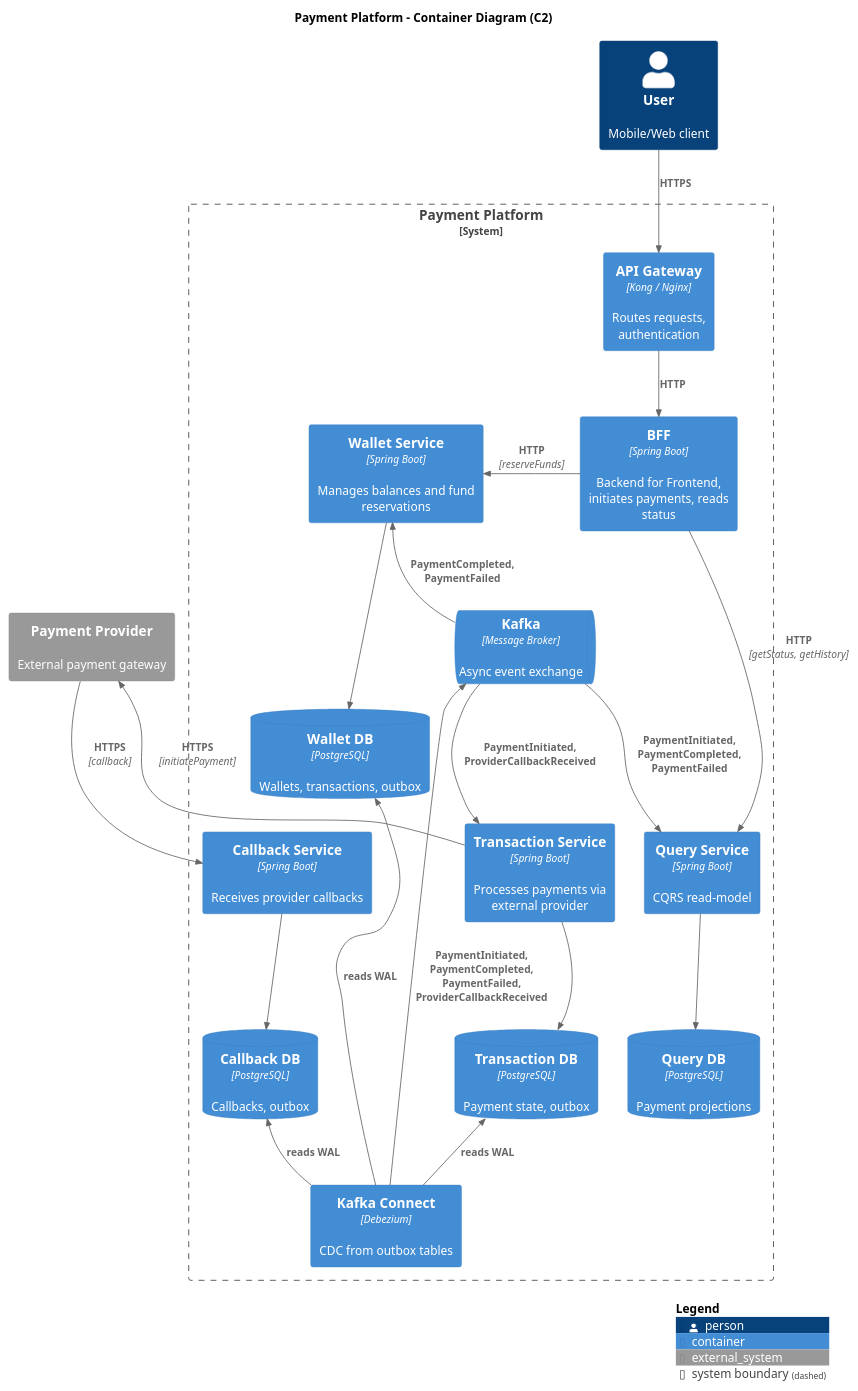
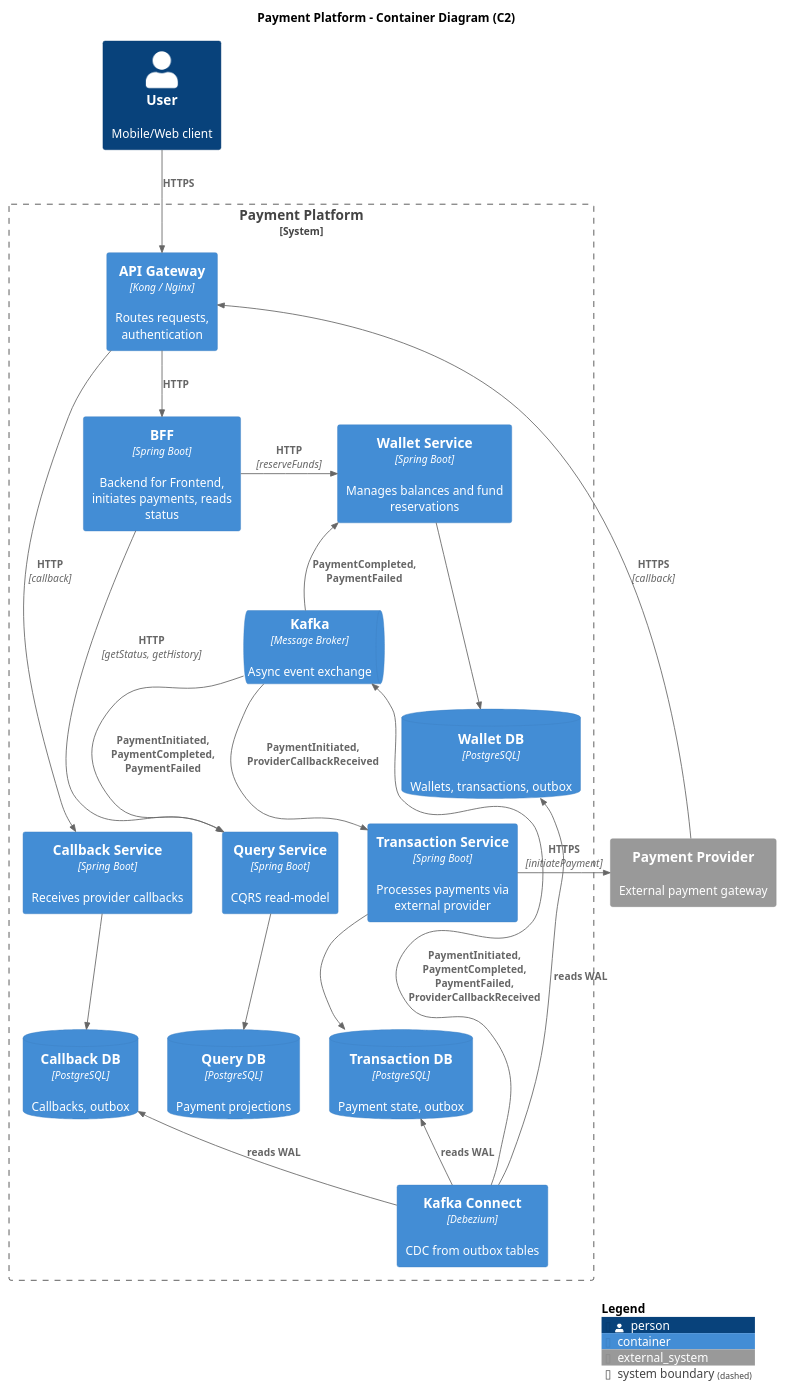
The diagram in week2/diagrams/c2.puml (krsvyat/system-design), drawn with PlantUML before and after one commit. The commit also changed 19 other files, not shown here.

```diff
--- a/week2/diagrams/c2.puml
+++ b/week2/diagrams/c2.puml
@@ -1,79 +1,80 @@
-@startuml c2_container
+@startuml c2
 !include https://raw.githubusercontent.com/plantuml-stdlib/C4-PlantUML/master/C4_Container.puml
 
 title Payment Platform - Container Diagram (C2)
 
 Person(user, "User", "Mobile/Web client")
 
 System_Boundary(payment_platform, "Payment Platform") {
 
     Container(gateway, "API Gateway", "Kong / Nginx", "Routes requests, authentication")
 
     Container(bff, "BFF", "Spring Boot", "Backend for Frontend, initiates payments, reads status")
 
     Container(wallet_service, "Wallet Service", "Spring Boot", "Manages balances and fund reservations")
 
     Container(transaction_service, "Transaction Service", "Spring Boot", "Processes payments via external provider")
 
     Container(callback_service, "Callback Service", "Spring Boot", "Receives provider callbacks")
 
     Container(query_service, "Query Service", "Spring Boot", "CQRS read-model")
 
     ContainerDb(wallet_db, "Wallet DB", "PostgreSQL", "Wallets, transactions, outbox")
 
     ContainerDb(transaction_db, "Transaction DB", "PostgreSQL", "Payment state, outbox")
 
     ContainerDb(query_db, "Query DB", "PostgreSQL", "Payment projections")
 
     ContainerDb(callback_db, "Callback DB", "PostgreSQL", "Callbacks, outbox")
 
     ContainerQueue(broker, "Kafka", "Message Broker", "Async event exchange")
 
     Container(kafka_connect, "Kafka Connect", "Debezium", "CDC from outbox tables")
 }
 
 System_Ext(provider, "Payment Provider", "External payment gateway")
 
 ' === LAYOUT ===
 Lay_R(wallet_service, broker)
 Lay_R(broker, transaction_service)
 Lay_R(transaction_service, callback_service)
 Lay_D(bff, broker)
 Lay_D(broker, query_service)
 
 ' === RELATIONSHIPS ===
 
 ' Entry point
 Rel_D(user, gateway, "HTTPS")
 Rel_D(gateway, bff, "HTTP")
 
 ' BFF commands
 Rel_L(bff, wallet_service, "HTTP", "reserveFunds")
 Rel_R(bff, query_service, "HTTP", "getStatus, getHistory")
 
 ' Database connections
 Rel_D(wallet_service, wallet_db, "")
 Rel_D(transaction_service, transaction_db, "")
 Rel_D(query_service, query_db, "")
 Rel_D(callback_service, callback_db, "")
 
 ' CDC: Kafka Connect reads outbox tables
 Rel_U(kafka_connect, wallet_db, "reads WAL")
 Rel_U(kafka_connect, transaction_db, "reads WAL")
 Rel_U(kafka_connect, callback_db, "reads WAL")
 Rel_U(kafka_connect, broker, "PaymentInitiated, PaymentCompleted, PaymentFailed, ProviderCallbackReceived")
 
 ' Kafka -> Consumers
 Rel_D(broker, transaction_service, "PaymentInitiated, ProviderCallbackReceived")
 Rel_L(broker, wallet_service, "PaymentCompleted, PaymentFailed")
 Rel_D(broker, query_service, "PaymentInitiated, PaymentCompleted, PaymentFailed")
 
 ' Transaction -> Provider
 Rel_R(transaction_service, provider, "HTTPS", "initiatePayment")
 
 ' Provider callback flow
-Rel(provider, callback_service, "HTTPS", "callback")
+Rel(provider, gateway, "HTTPS", "callback")
+Rel(gateway, callback_service, "HTTP", "callback")
 
 SHOW_LEGEND()
 
 @enduml
```
